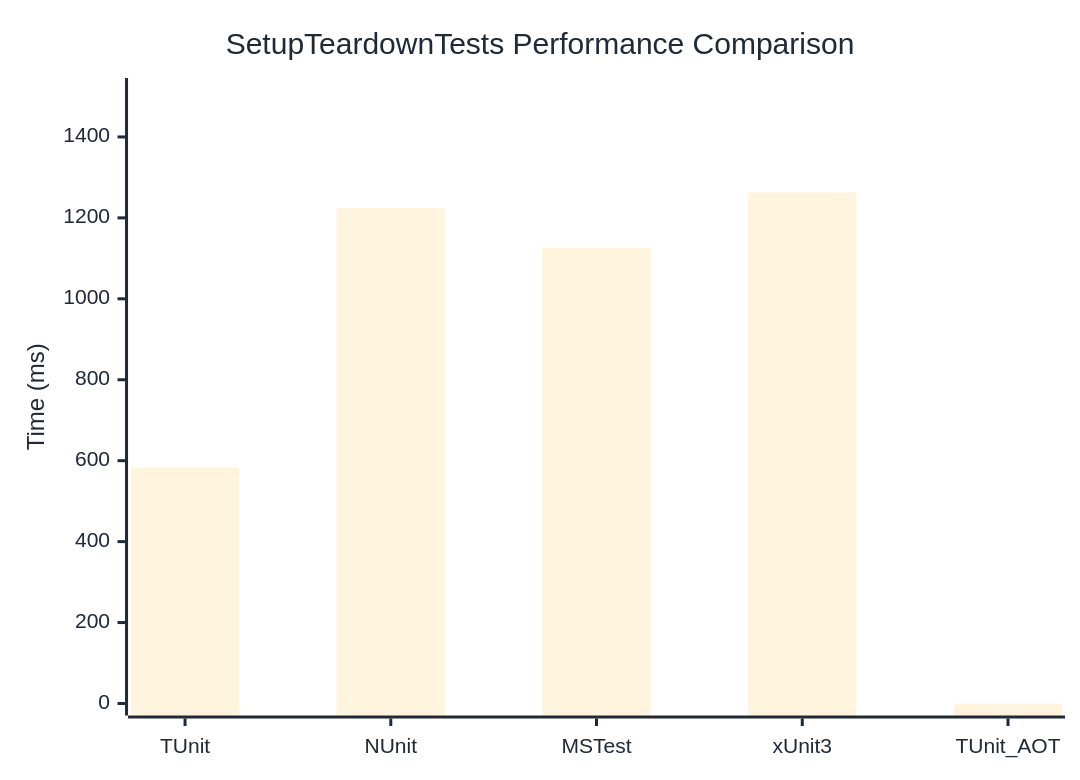
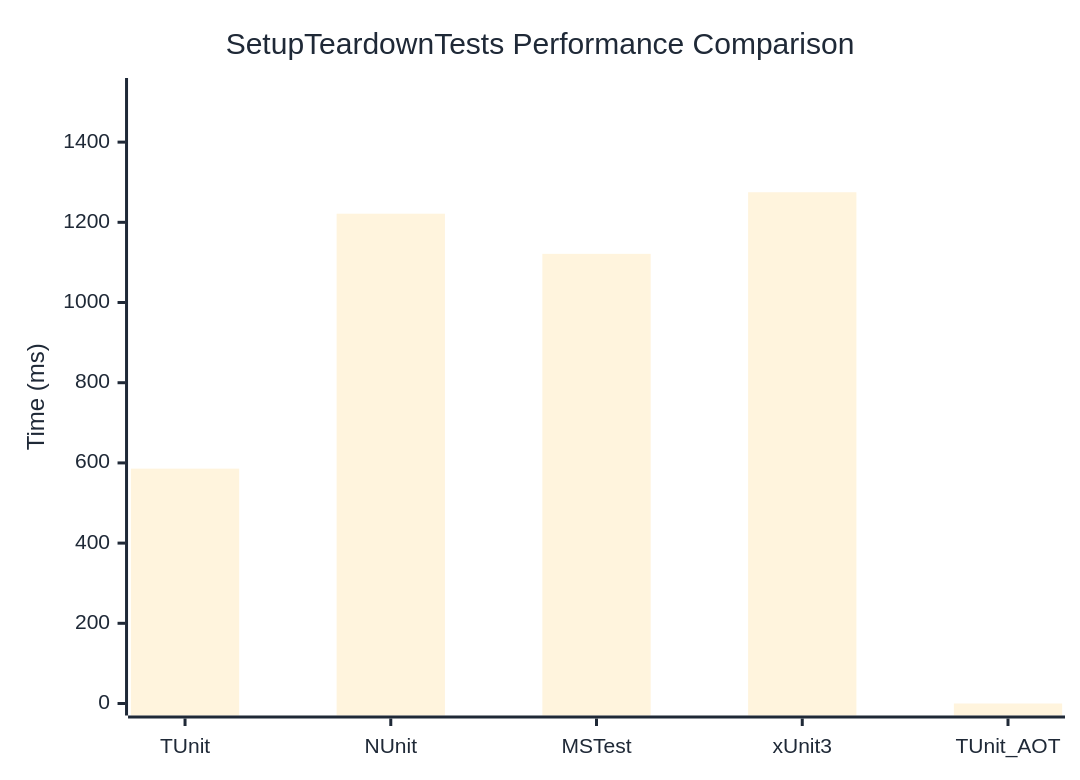
One commit to thomhurst/TUnit changed the diagram in docs/docs/benchmarks/SetupTeardownTests.md. Above: the diagram before and after it, drawn with Mermaid. The commit also changed other lines of this file and 17 other files, not shown here.

````diff
--- a/docs/docs/benchmarks/SetupTeardownTests.md
+++ b/docs/docs/benchmarks/SetupTeardownTests.md
@@ -27,37 +27,37 @@
 ```mermaid
 %%{init: {
   'theme':'base',
   'themeVariables': {
     'primaryColor': '#2563eb',
     'primaryTextColor': '#1f2937',
     'primaryBorderColor': '#1e40af',
     'lineColor': '#6b7280',
     'secondaryColor': '#7c3aed',
     'tertiaryColor': '#dc2626',
     'background': '#ffffff',
     'mainBkg': '#2563eb',
     'secondBkg': '#7c3aed',
     'tertiaryBkg': '#dc2626',
     'clusterBkg': '#f3f4f6',
     'edgeLabelBackground': '#ffffff',
     'tertiaryTextColor': '#1f2937',
     'pie1': '#2563eb',
     'pie2': '#7c3aed',
     'pie3': '#dc2626',
     'pie4': '#f59e0b',
     'pie5': '#10b981',
     'pie6': '#06b6d4',
     'pie7': '#ec4899',
     'pie8': '#6366f1',
     'pie9': '#84cc16',
     'pie10': '#f97316',
     'pie11': '#14b8a6',
     'pie12': '#a855f7'
   }
 }}%%
 xychart-beta
   title "SetupTeardownTests Performance Comparison"
   x-axis ["TUnit", "NUnit", "MSTest", "xUnit3", "TUnit_AOT"]
-  y-axis "Time (ms)" 0 --> 1516
-  bar [582.8, 1224.4, 1125.4, 1262.9, 0]
+  y-axis "Time (ms)" 0 --> 1530
+  bar [585.7, 1221.5, 1121.4, 1275, 0]
 ```
````
